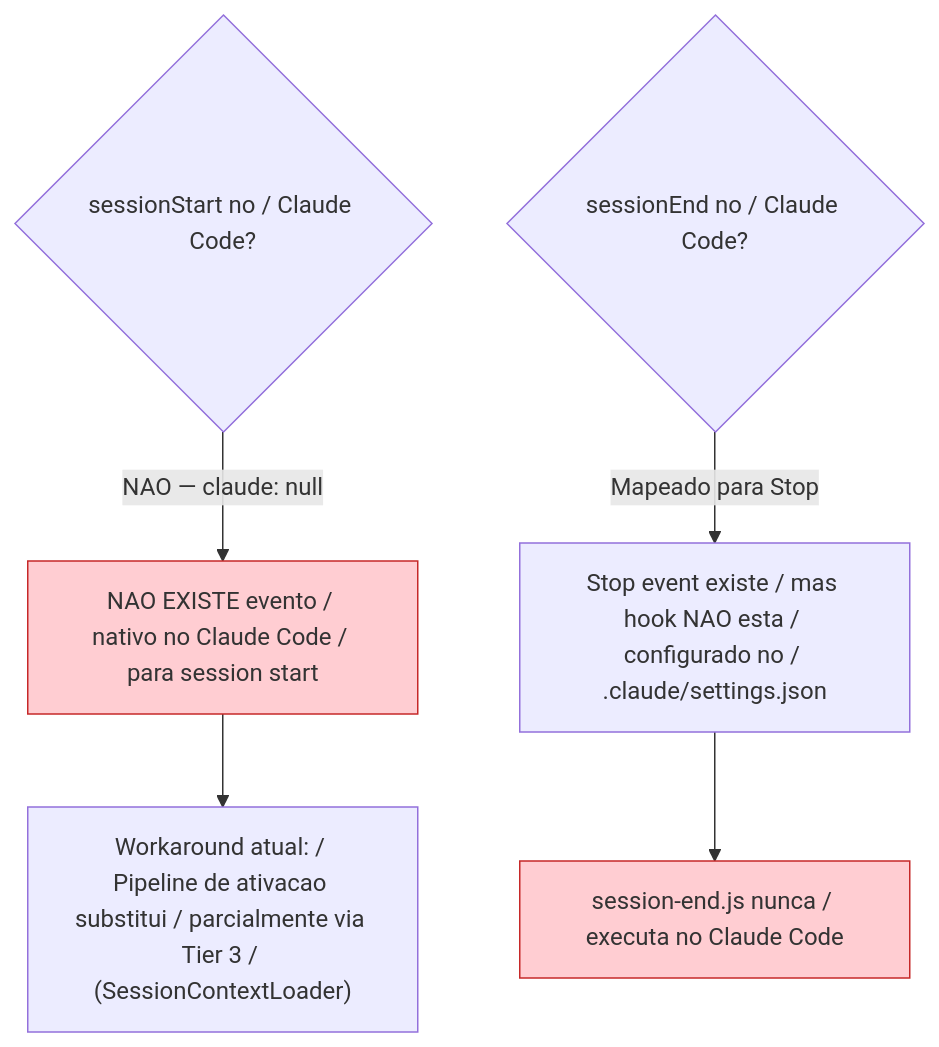
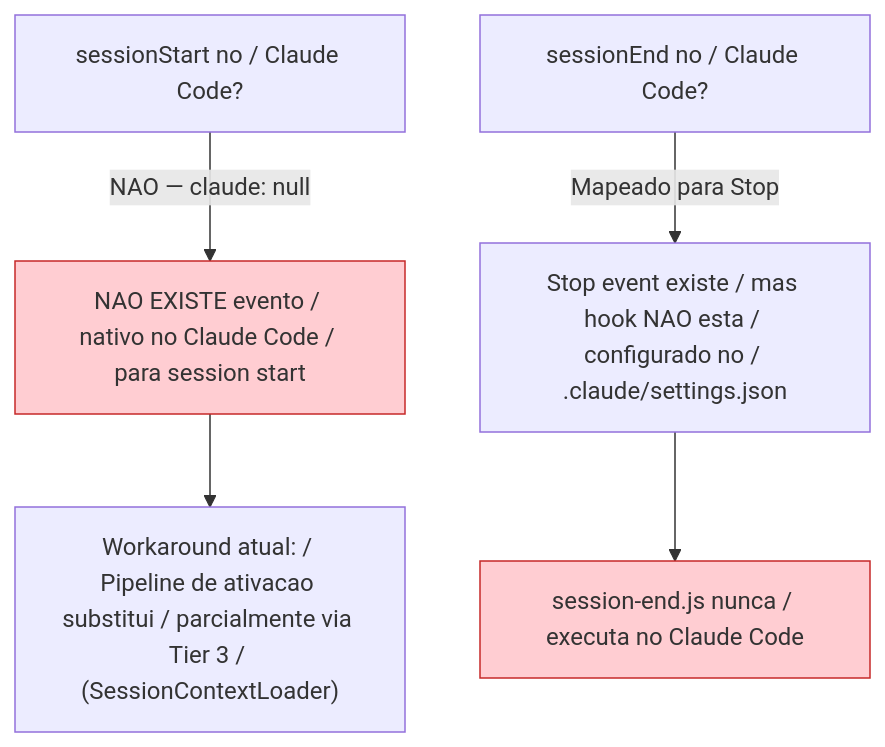
Before and after one commit to bychrisr/aios-docs: diagram 18 of 18 in content/en/docs/guides/MEMORY-SYSTEM.mdx, drawn with Mermaid. The commit also changed other lines of this file and 40 other files, not shown here.

````diff
--- a/content/en/docs/guides/MEMORY-SYSTEM.mdx
+++ b/content/en/docs/guides/MEMORY-SYSTEM.mdx
@@ -816,11 +816,11 @@
 ```mermaid
 flowchart TD
-    Q{"sessionStart no / Claude Code?"} -->|"NAO — claude: null"| GAP["NAO EXISTE evento / nativo no Claude Code / para session start"]
+    Q["sessionStart no / Claude Code?"] -->|"NAO — claude: null"| GAP["NAO EXISTE evento / nativo no Claude Code / para session start"]
     GAP --> WORKAROUND["Workaround atual: / Pipeline de ativacao substitui / parcialmente via Tier 3 / (SessionContextLoader)"]
 
-    Q2{"sessionEnd no / Claude Code?"} -->|"Mapeado para Stop"| STOP["Stop event existe / mas hook NAO esta / configurado no / .claude/settings.json"]
+    Q2["sessionEnd no / Claude Code?"] -->|"Mapeado para Stop"| STOP["Stop event existe / mas hook NAO esta / configurado no / .claude/settings.json"]
     STOP --> NOT_WIRED["session-end.js nunca / executa no Claude Code"]
 
     style GAP fill:#FFCDD2,stroke:#C62828
     style NOT_WIRED fill:#FFCDD2,stroke:#C62828
 ```
````
